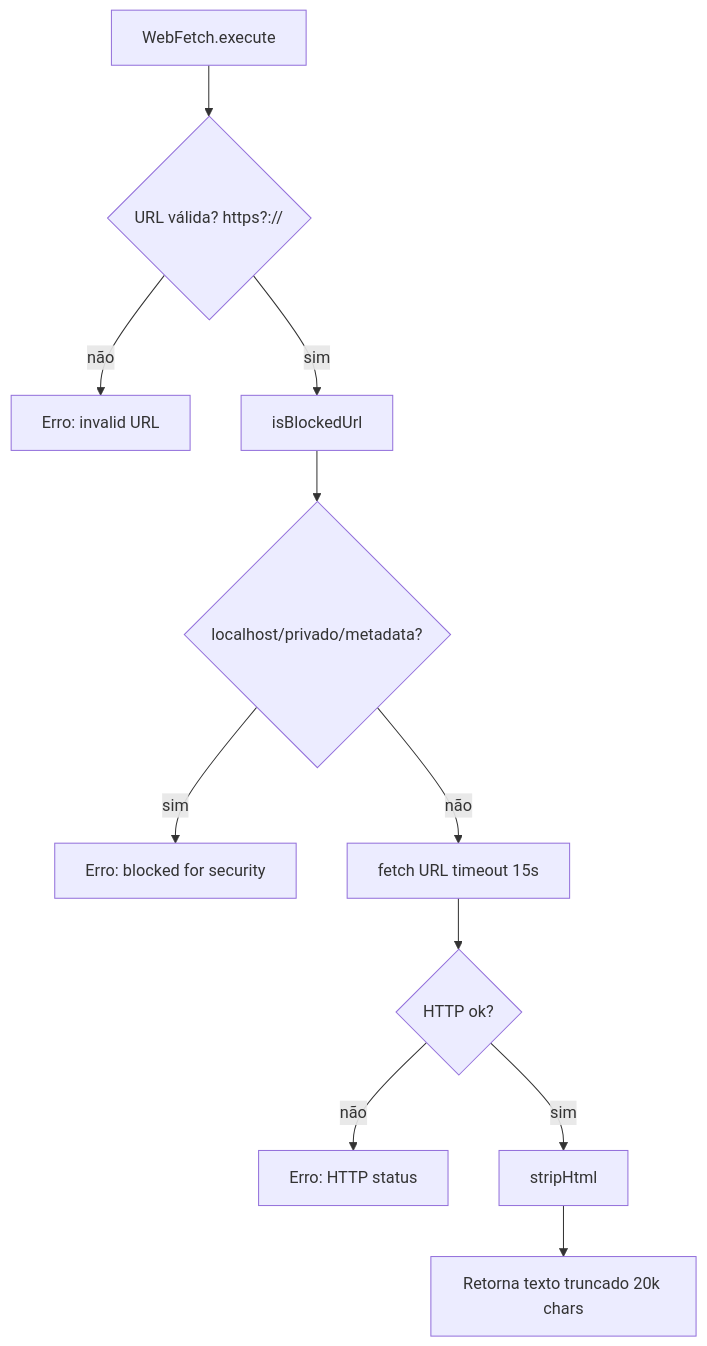
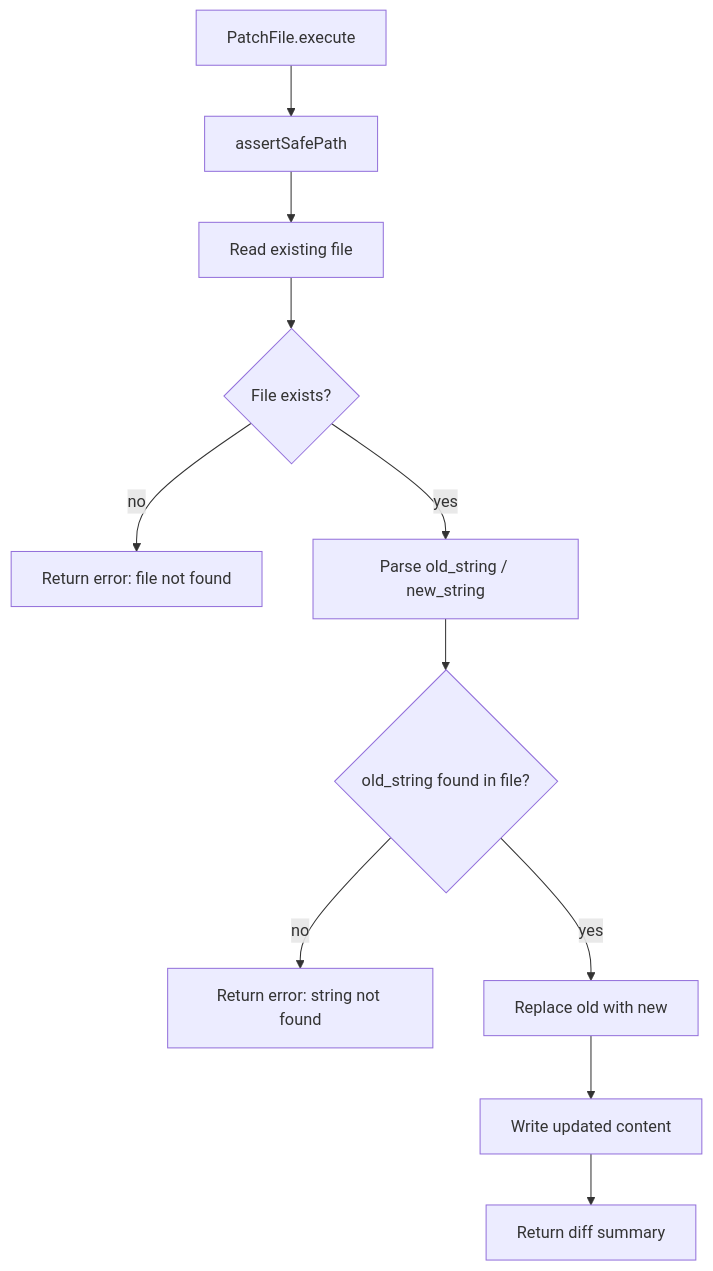
The sixth of 8 diagrams in _reversa_sdd/flowcharts/tools.md (Hermenics/deepseek-code), drawn with Mermaid before and after one commit. The commit also changed other lines of this file and 75 other files, not shown here.

First line of the commit message:
docs(sdd): translate ADRs and architecture docs to English, reorganize proxy module

````diff
--- a/_reversa_sdd/flowcharts/tools.md
+++ b/_reversa_sdd/flowcharts/tools.md
@@ -57,13 +110,13 @@
 ```mermaid
 flowchart TD
-    A[WebFetch.execute] --> B{URL válida? https?://}
-    B -->|não| C[Erro: invalid URL]
-    B -->|sim| D[isBlockedUrl]
-    D --> E{localhost/privado/metadata?}
-    E -->|sim| F[Erro: blocked for security]
-    E -->|não| G[fetch URL timeout 15s]
-    G --> H{HTTP ok?}
-    H -->|não| I[Erro: HTTP status]
-    H -->|sim| J[stripHtml]
-    J --> K[Retorna texto truncado 20k chars]
+    A[PatchFile.execute] --> B[assertSafePath]
+    B --> C[Read existing file]
+    C --> D{File exists?}
+    D -->|no| E[Return error: file not found]
+    D -->|yes| F[Parse old_string / new_string]
+    F --> G{old_string found in file?}
+    G -->|no| H[Return error: string not found]
+    G -->|yes| I[Replace old with new]
+    I --> J[Write updated content]
+    J --> K[Return diff summary]
 ```
````
